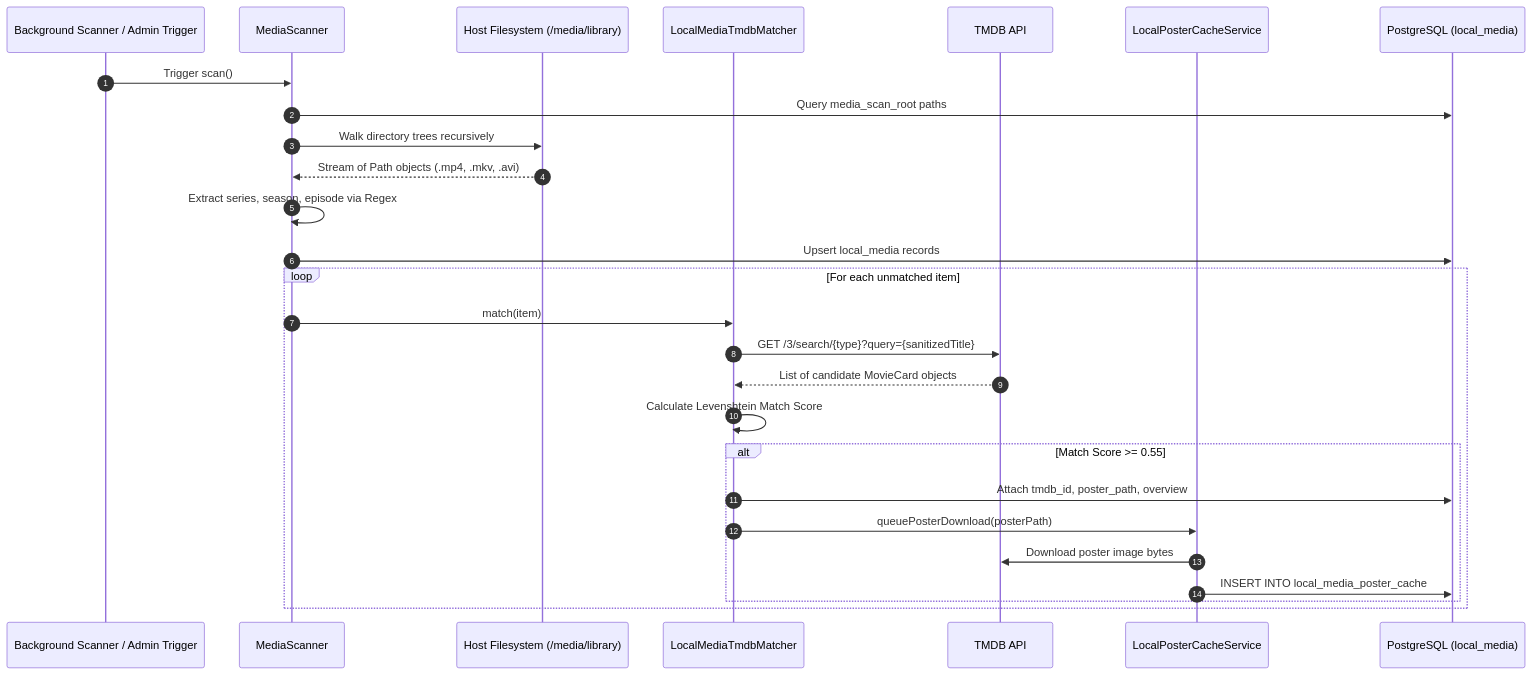
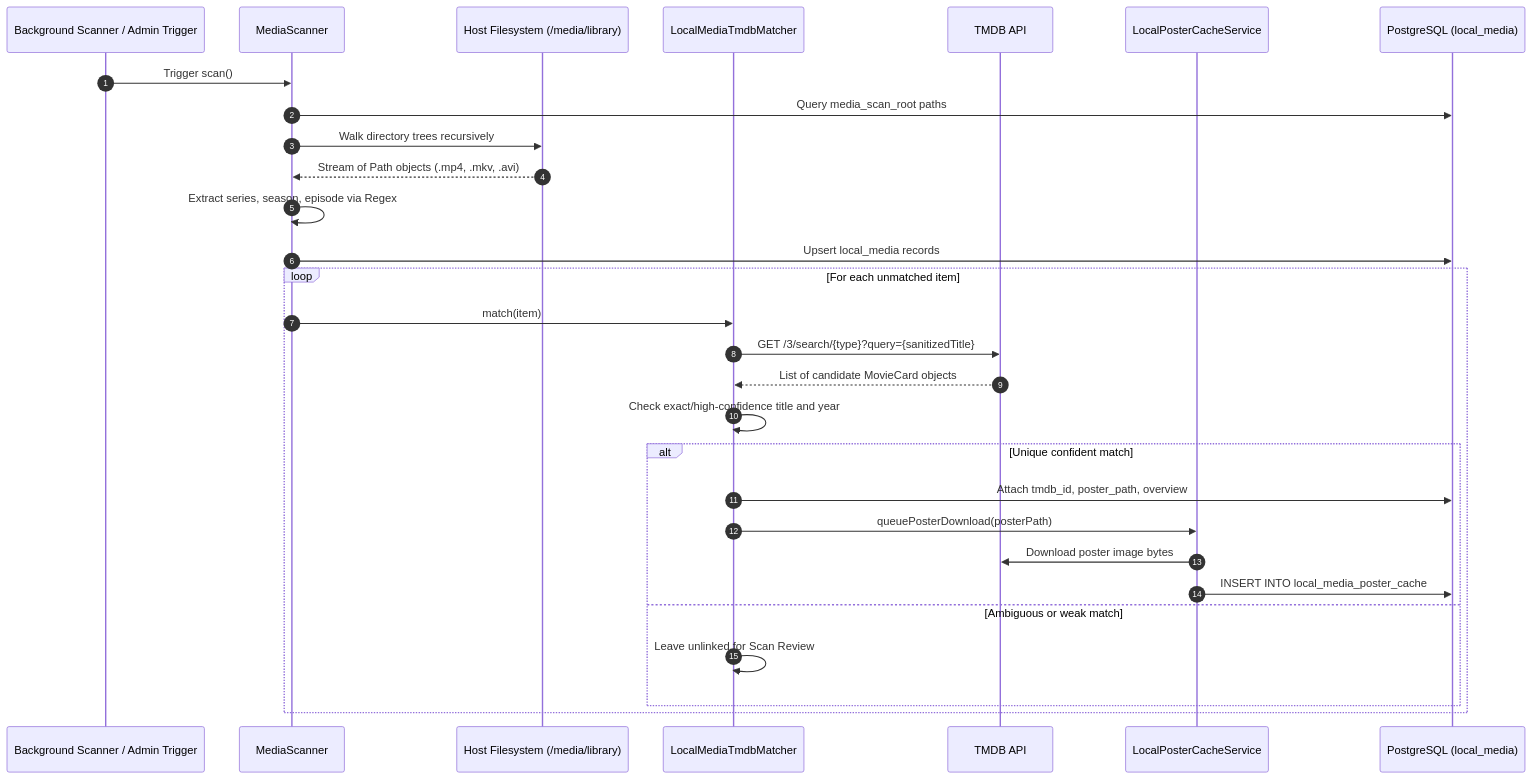
The third of 5 diagrams in docs/ARCHITECTURE.md (tsegahun-456/ReelShelf), drawn with Mermaid before and after one commit. The commit also changed other lines of this file and 51 other files, not shown here.

````diff
--- a/docs/ARCHITECTURE.md
+++ b/docs/ARCHITECTURE.md
@@ -179,31 +184,33 @@
 ```mermaid
 sequenceDiagram
     autonumber
     participant Scheduler as Background Scanner / Admin Trigger
     participant Scanner as MediaScanner
     participant Disk as Host Filesystem (/media/library)
     participant Matcher as LocalMediaTmdbMatcher
     participant TMDB as TMDB API
     participant Cache as LocalPosterCacheService
     participant DB as PostgreSQL (local_media)
 
     Scheduler->>Scanner: Trigger scan()
     Scanner->>DB: Query media_scan_root paths
     Scanner->>Disk: Walk directory trees recursively
     Disk-->>Scanner: Stream of Path objects (.mp4, .mkv, .avi)
     Scanner->>Scanner: Extract series, season, episode via Regex
     Scanner->>DB: Upsert local_media records
 
     loop For each unmatched item
         Scanner->>Matcher: match(item)
         Matcher->>TMDB: GET /3/search/{type}?query={sanitizedTitle}
         TMDB-->>Matcher: List of candidate MovieCard objects
-        Matcher->>Matcher: Calculate Levenshtein Match Score
-        alt Match Score >= 0.55
+        Matcher->>Matcher: Check exact/high-confidence title and year
+        alt Unique confident match
             Matcher->>DB: Attach tmdb_id, poster_path, overview
             Matcher->>Cache: queuePosterDownload(posterPath)
             Cache->>TMDB: Download poster image bytes
             Cache->>DB: INSERT INTO local_media_poster_cache
+        else Ambiguous or weak match
+            Matcher->>Matcher: Leave unlinked for Scan Review
         end
     end
 ```
````
